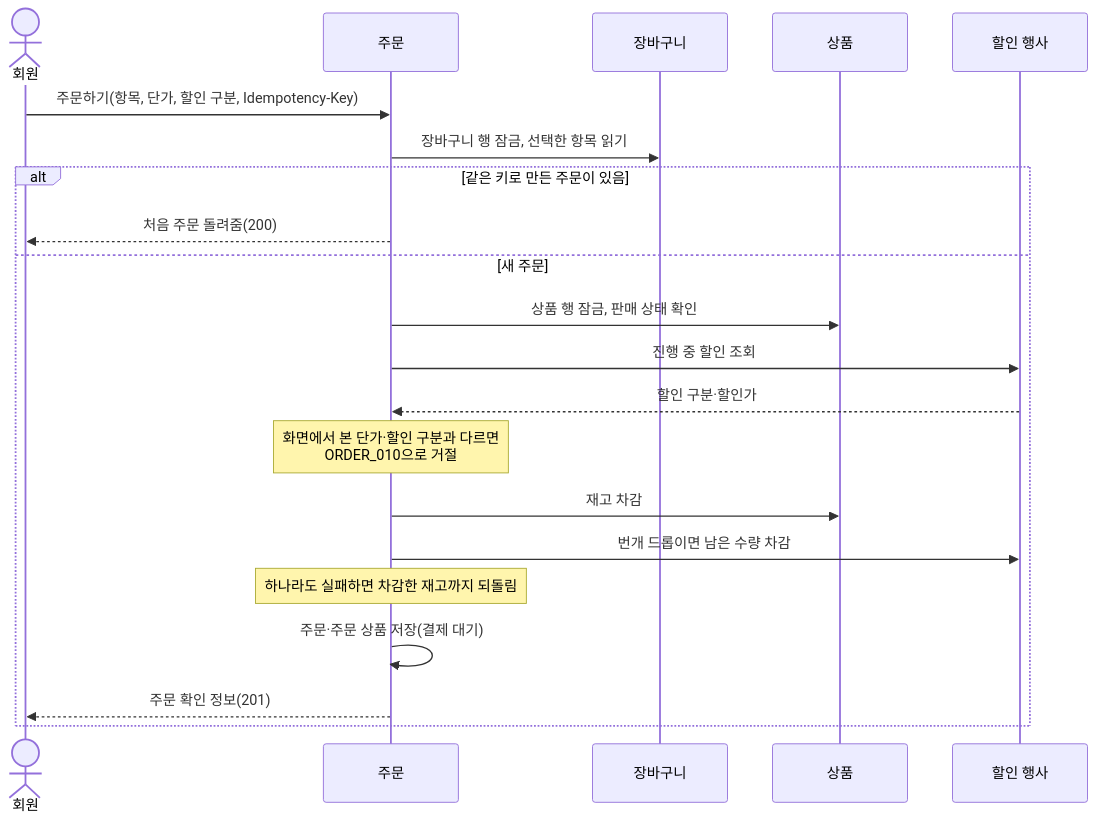
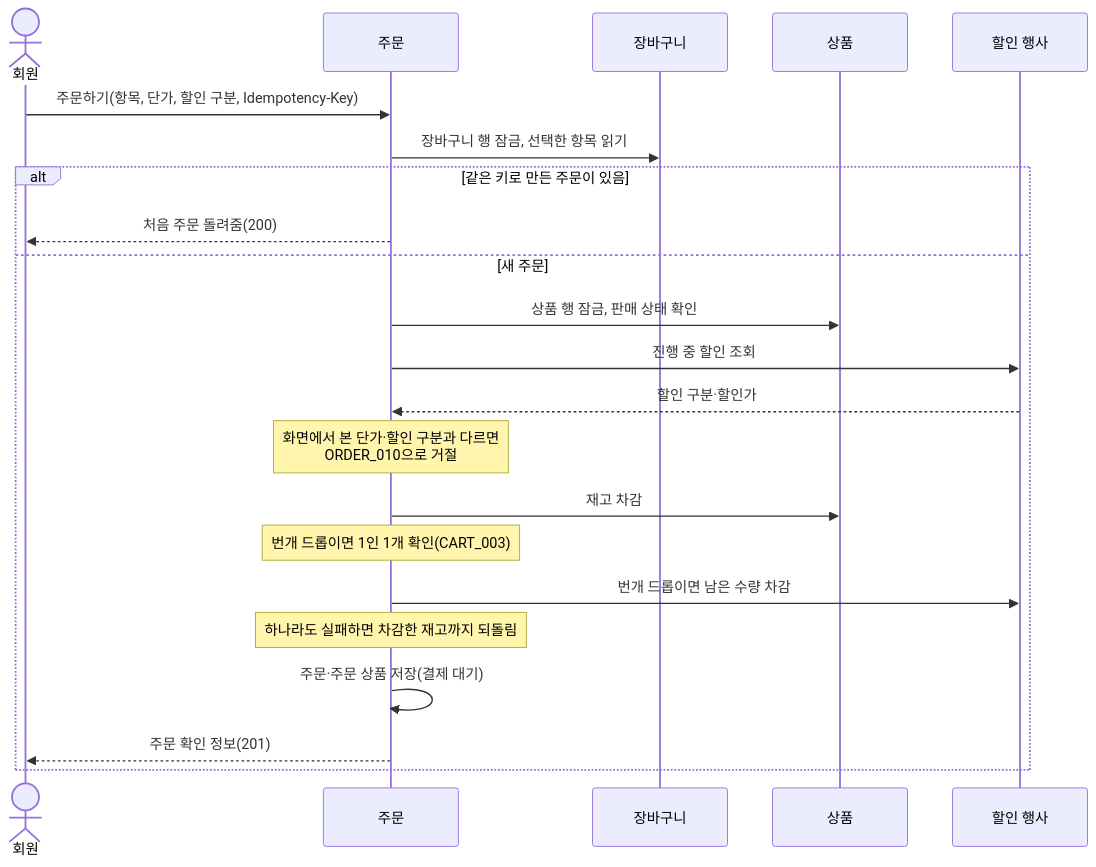
Before and after one commit to sparta-final-4/take-care-of-my-fridge: the first of 2 diagrams in docs/architecture/domains/order.md, drawn with Mermaid. The commit also changed other lines of this file and 6 other files, not shown here.

````diff
--- a/docs/architecture/domains/order.md
+++ b/docs/architecture/domains/order.md
@@ -52,23 +52,24 @@
 ```mermaid
 sequenceDiagram
     actor 회원
     participant 주문
     participant 장바구니
     participant 상품
     participant 할인 as 할인 행사
     회원->>주문: 주문하기(항목, 단가, 할인 구분, Idempotency-Key)
     주문->>장바구니: 장바구니 행 잠금, 선택한 항목 읽기
     alt 같은 키로 만든 주문이 있음
         주문-->>회원: 처음 주문 돌려줌(200)
     else 새 주문
         주문->>상품: 상품 행 잠금, 판매 상태 확인
         주문->>할인: 진행 중 할인 조회
         할인-->>주문: 할인 구분·할인가
         Note over 주문: 화면에서 본 단가·할인 구분과 다르면<br>ORDER_010으로 거절
         주문->>상품: 재고 차감
+        Note over 주문: 번개 드롭이면 1인 1개 확인(CART_003)
         주문->>할인: 번개 드롭이면 남은 수량 차감
         Note over 주문: 하나라도 실패하면 차감한 재고까지 되돌림
         주문->>주문: 주문·주문 상품 저장(결제 대기)
         주문-->>회원: 주문 확인 정보(201)
     end
 ```
````
